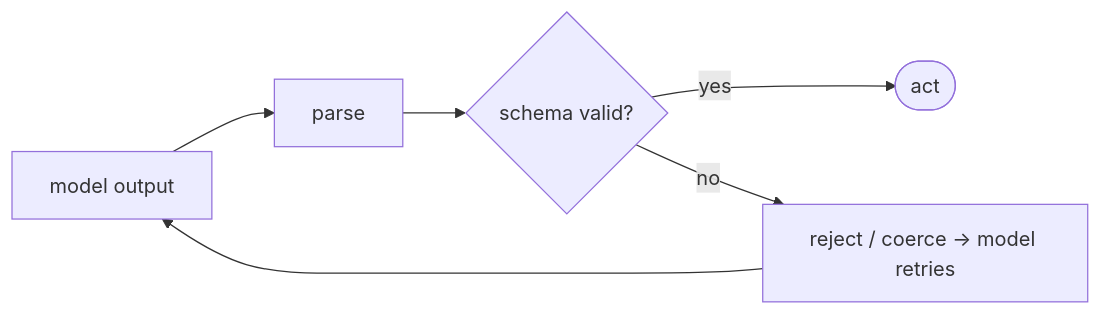
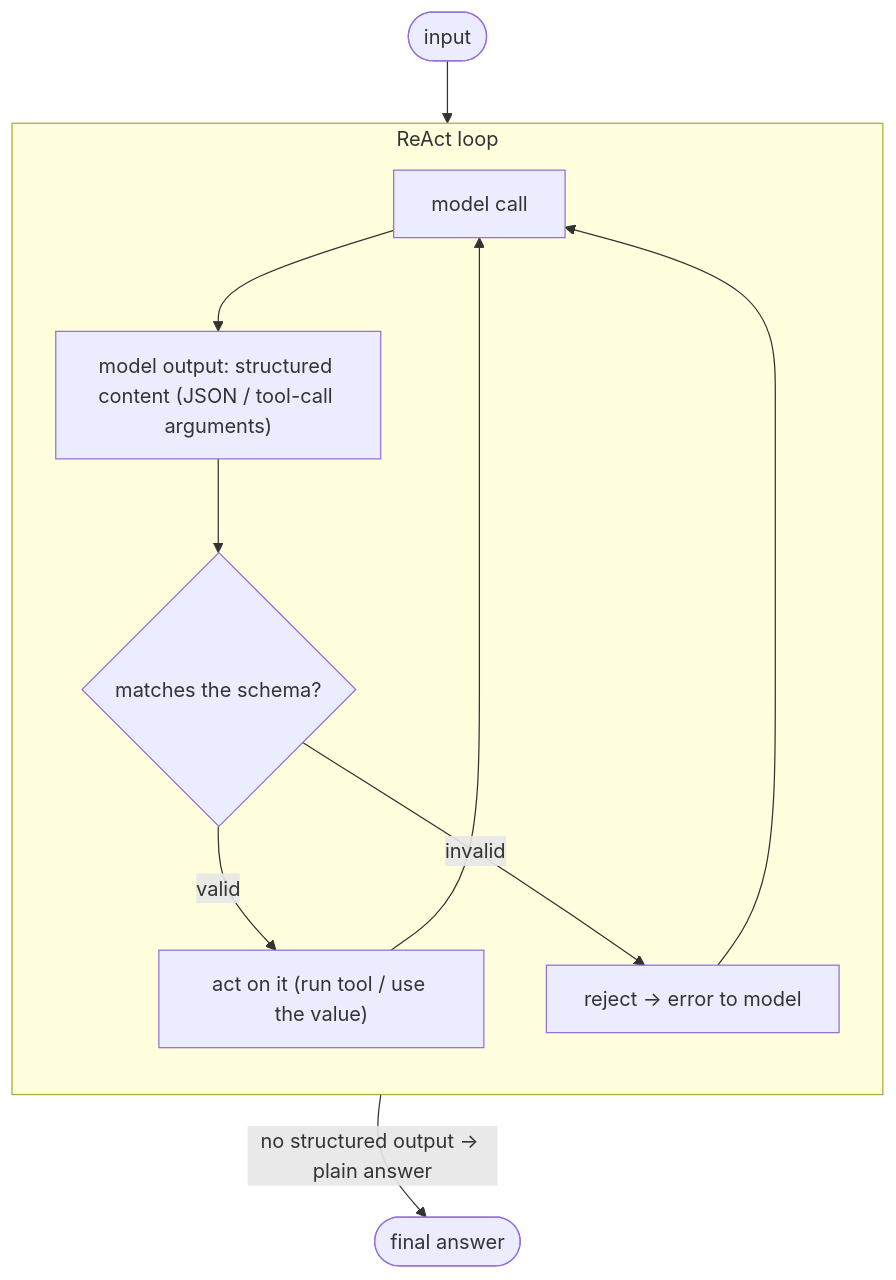
Before and after one commit to michaelatamuk/openjiuwen-jiuwenswarm: diagram 14 of 31 in docs-michael/agent-interview-questions.md, drawn with Mermaid. The commit also changed other lines of this file, not shown here.

````diff
--- a/docs-michael/agent-interview-questions.md
+++ b/docs-michael/agent-interview-questions.md
@@ -252,6 +282,13 @@
 ```mermaid
-flowchart LR
-    M["model output"] --> P["parse"] --> V{"schema valid?"}
-    V -->|yes| A(["act"])
-    V -->|no| R["reject / coerce → model retries"] --> M
+flowchart TD
+    I(["input"]) --> M
+    subgraph LOOP["ReAct loop"]
+    direction TB
+        M["model call"] --> O["model output: structured content (JSON / tool-call arguments)"]
+        O --> V{"matches the schema?"}
+        V -->|valid| ACT["act on it (run tool / use the value)"] --> M
+        V -->|invalid| R["reject → error to model"] --> M
+    end
+    O -->|"no structured output → plain answer"| A(["final answer"])
+    ACT ~~~ A
 ```
````
